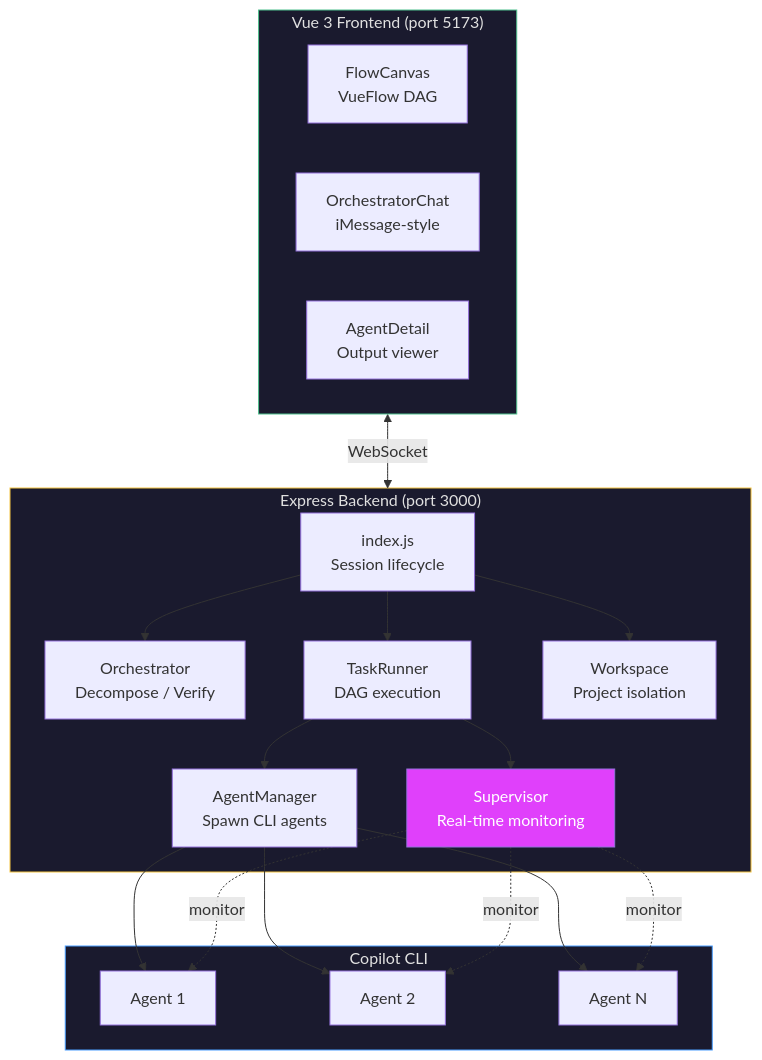
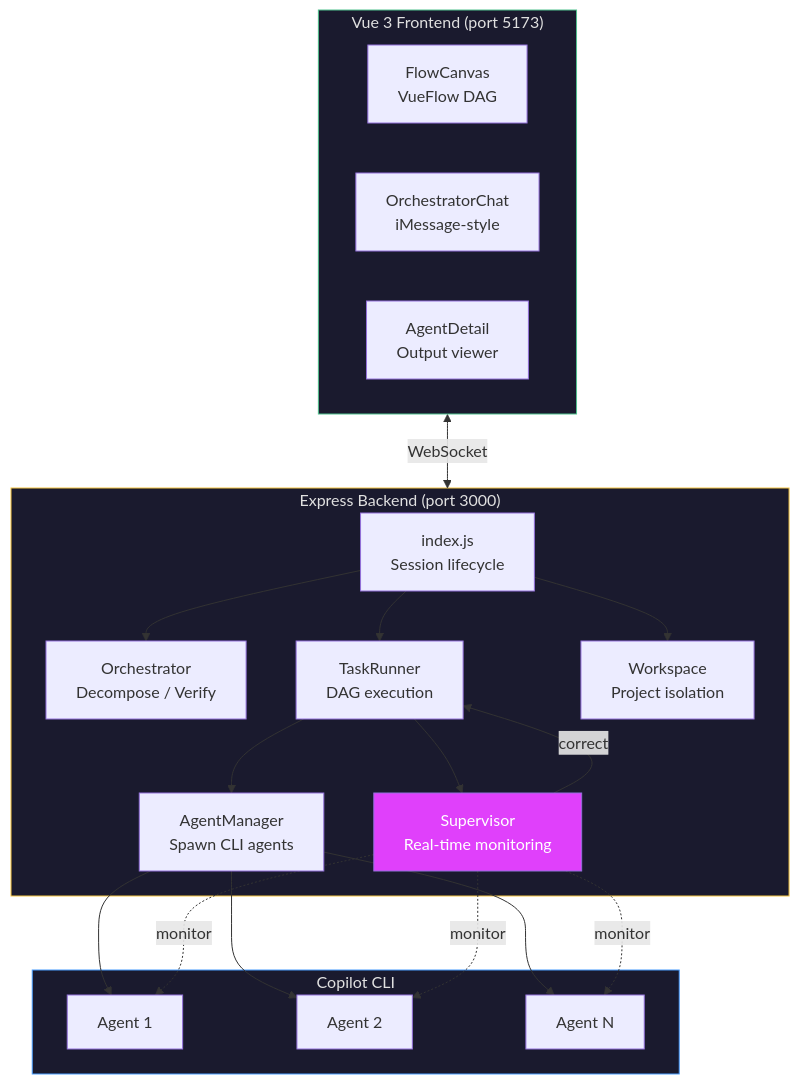
One commit to MrUnreal/hAIvemind changed the first of 4 diagrams in docs/architecture.md. Above: the diagram before and after it, drawn with Mermaid. The commit also changed 1 other file, not shown here.

Commit message:
fix(21): supervisor diagrams show real-time monitoring, not post-execution
- README: supervisor monitors agents during execution via dotted lines, redirects back to orchestrator
- Architecture: added 'correct' edge from supervisor back to TaskRunner
- Accurately reflects mid-flight divergence detection and course correction

````diff
--- a/docs/architecture.md
+++ b/docs/architecture.md
@@ -5,41 +5,42 @@
 ```mermaid
 graph TB
   subgraph Frontend["Vue 3 Frontend (port 5173)"]
     FC["FlowCanvas<br/>VueFlow DAG"]
     OC["OrchestratorChat<br/>iMessage-style"]
     AD["AgentDetail<br/>Output viewer"]
   end
 
   subgraph Backend["Express Backend (port 3000)"]
     IX["index.js<br/>Session lifecycle"]
     OR["Orchestrator<br/>Decompose / Verify"]
     SV["Supervisor<br/>Real-time monitoring"]
     TR["TaskRunner<br/>DAG execution"]
     AM["AgentManager<br/>Spawn CLI agents"]
     WM["Workspace<br/>Project isolation"]
   end
 
   subgraph CLI["Copilot CLI"]
     A1["Agent 1"]
     A2["Agent 2"]
     AN["Agent N"]
   end
 
   Frontend <-->|"WebSocket"| Backend
   AM --> A1
   AM --> A2
   AM --> AN
   IX --> OR
   IX --> TR
   TR --> AM
   TR --> SV
   SV -.->|"monitor"| A1
   SV -.->|"monitor"| A2
   SV -.->|"monitor"| AN
+  SV -->|"correct"| TR
   IX --> WM
 
   style Frontend fill:#1a1a2e,color:#e0e0e0,stroke:#4FC08D
   style Backend fill:#1a1a2e,color:#e0e0e0,stroke:#f5c542
   style CLI fill:#1a1a2e,color:#e0e0e0,stroke:#4a9eff
   style SV fill:#e040fb,color:#fff
 ```
````
